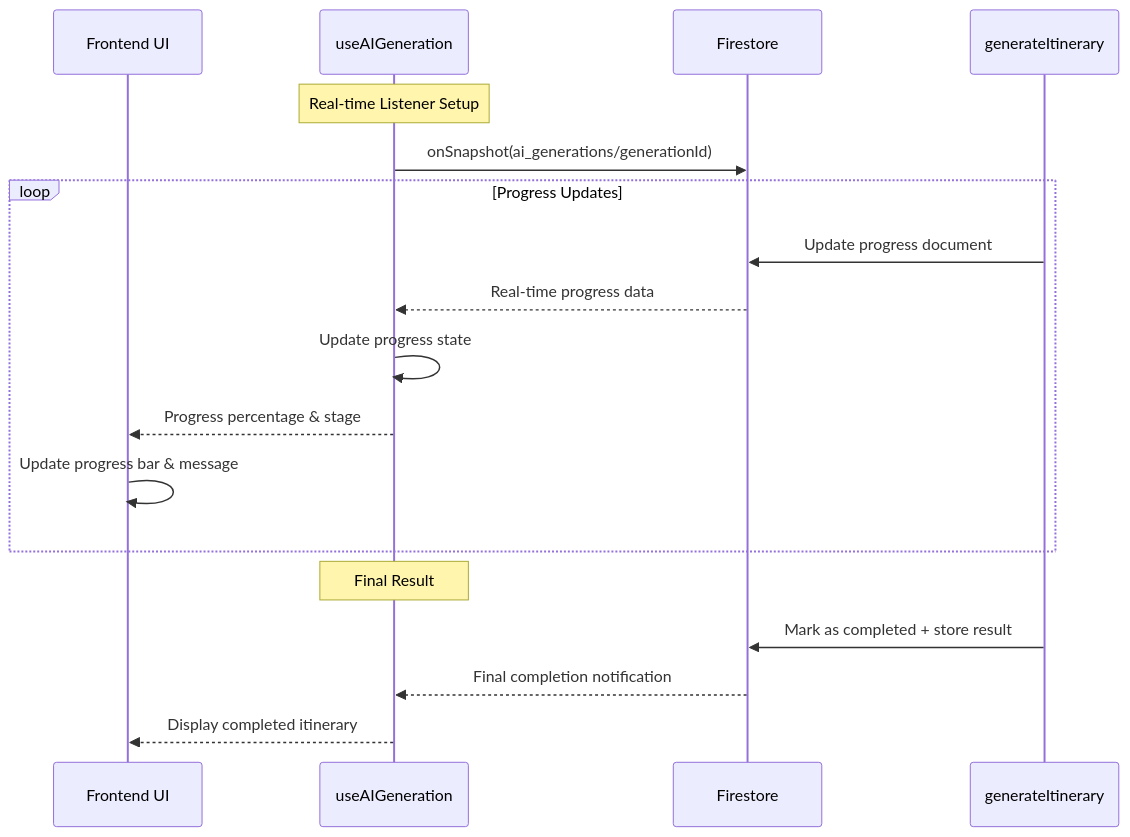
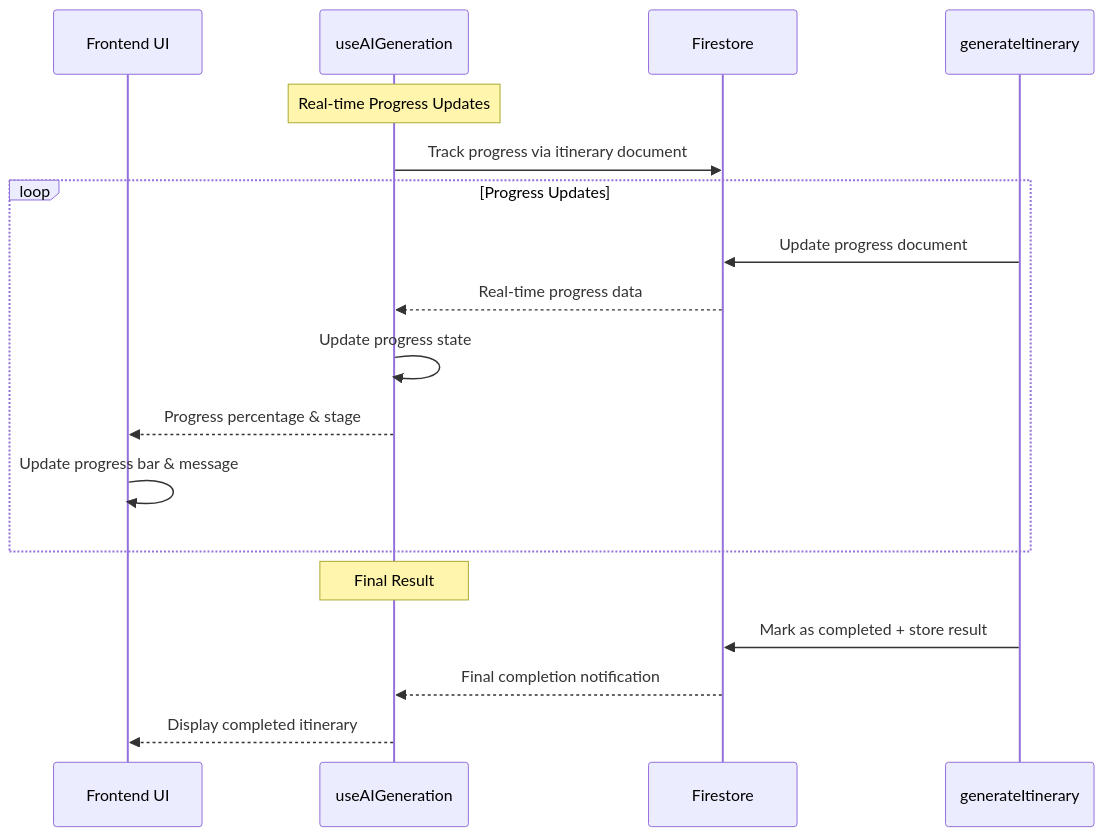
One commit to DuaneQ/voyager-pwa changed the fifth of 15 diagrams in docs/AI_Itineraries/AI_ITINERARY_ARCHITECTURE_DIAGRAM.md. Above: the diagram before and after it, drawn with Mermaid. The commit also changed other lines of this file and 14 other files, not shown here.

````diff
--- a/docs/AI_Itineraries/AI_ITINERARY_ARCHITECTURE_DIAGRAM.md
+++ b/docs/AI_Itineraries/AI_ITINERARY_ARCHITECTURE_DIAGRAM.md
@@ -158,23 +155,23 @@
 ```mermaid
 sequenceDiagram
     participant UI as Frontend UI
     participant Hook as useAIGeneration
     participant FS as Firestore
     participant Func as generateItinerary
     
-    Note over Hook: Real-time Listener Setup
-    Hook->>FS: onSnapshot(ai_generations/generationId)
+    Note over Hook: Real-time Progress Updates
+    Hook->>FS: Track progress via itinerary document
     
     loop Progress Updates
         Func->>FS: Update progress document
         FS-->>Hook: Real-time progress data
         Hook->>Hook: Update progress state
         Hook-->>UI: Progress percentage & stage
         UI->>UI: Update progress bar & message
     end
     
     Note over Hook: Final Result
     Func->>FS: Mark as completed + store result
     FS-->>Hook: Final completion notification
     Hook-->>UI: Display completed itinerary
 ```
````
